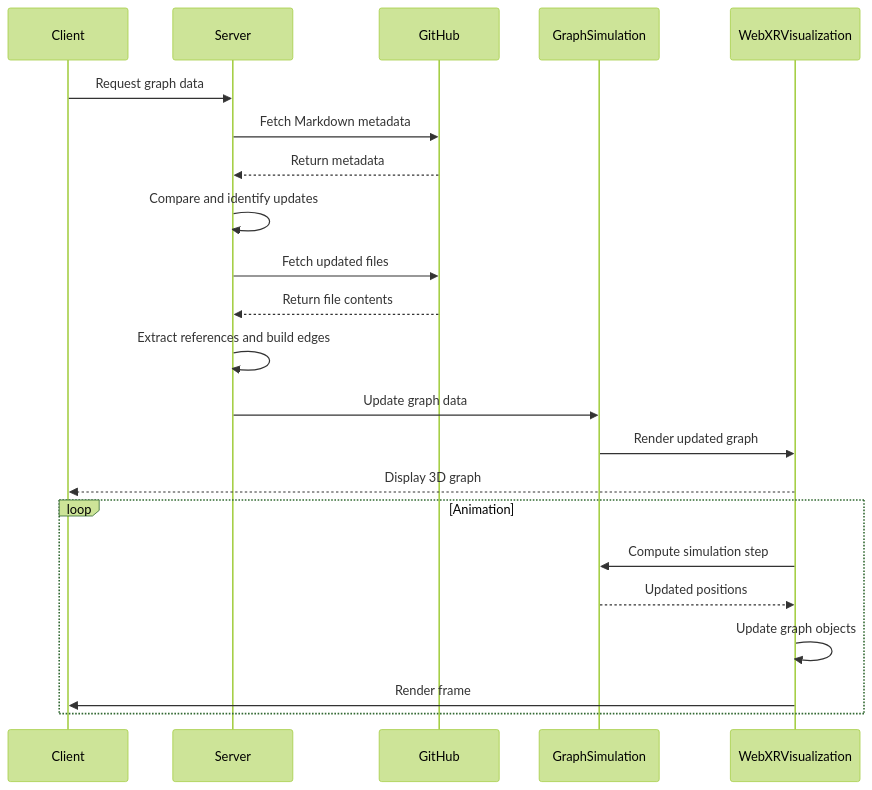
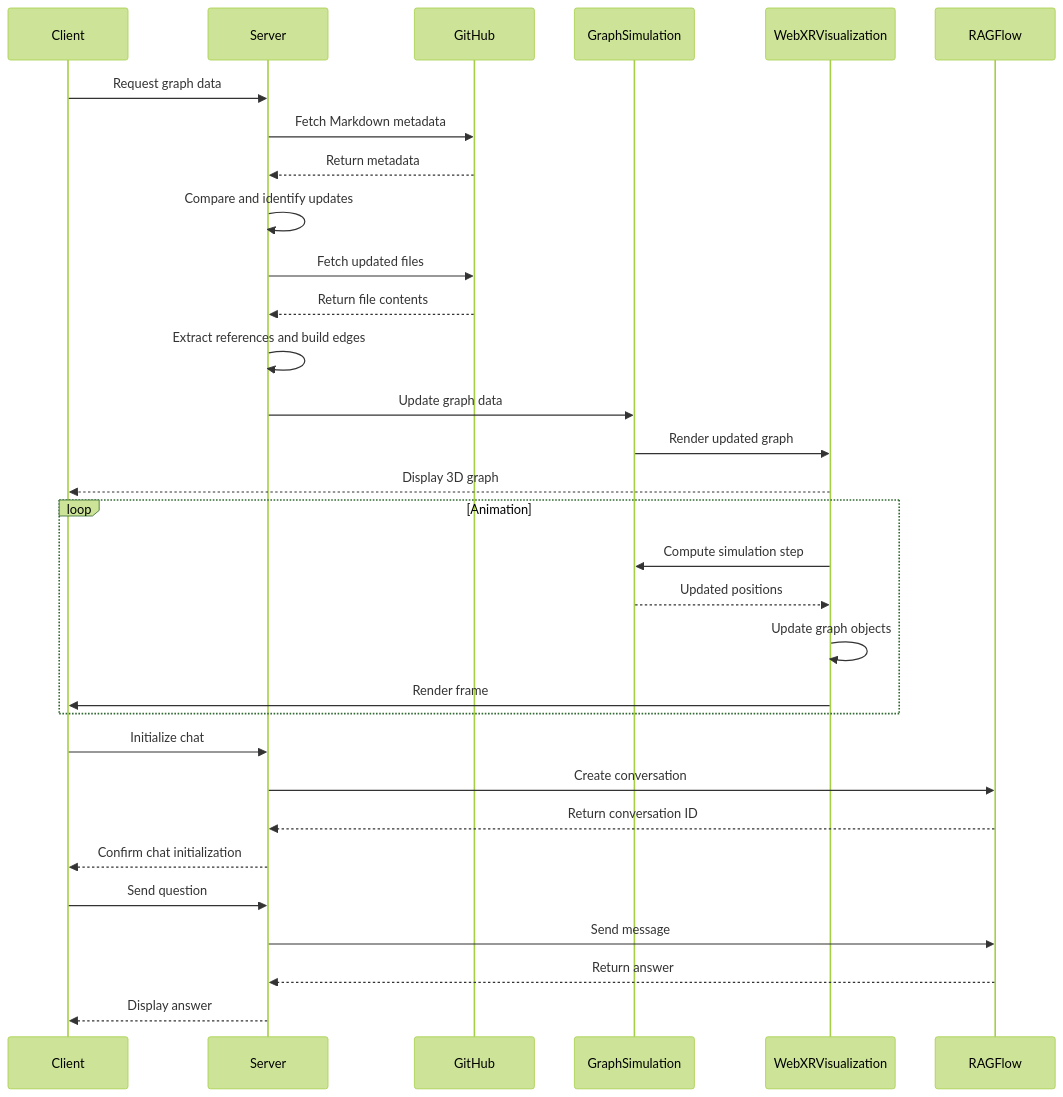
One commit to MITIH-Dreamlab/JingSpringThing changed the second of 2 diagrams in README.md. Above: the diagram before and after it, drawn with Mermaid (forest theme). The commit also changed other lines of this file and 3 other files, not shown here.

````diff
--- a/README.md
+++ b/README.md
@@ -105,24 +121,33 @@
 ```mermaid
 sequenceDiagram
     participant Client
     participant Server
     participant GitHub
     participant GraphSimulation
     participant WebXRVisualization
+    participant RAGFlow
     Client->>Server: Request graph data
     Server->>GitHub: Fetch Markdown metadata
     GitHub-->>Server: Return metadata
     Server->>Server: Compare and identify updates
     Server->>GitHub: Fetch updated files
     GitHub-->>Server: Return file contents
     Server->>Server: Extract references and build edges
     Server->>GraphSimulation: Update graph data
     GraphSimulation->>WebXRVisualization: Render updated graph
     WebXRVisualization-->>Client: Display 3D graph
     loop Animation
         WebXRVisualization->>GraphSimulation: Compute simulation step
         GraphSimulation-->>WebXRVisualization: Updated positions
         WebXRVisualization->>WebXRVisualization: Update graph objects
         WebXRVisualization->>Client: Render frame
     end
+    Client->>Server: Initialize chat
+    Server->>RAGFlow: Create conversation
+    RAGFlow-->>Server: Return conversation ID
+    Server-->>Client: Confirm chat initialization
+    Client->>Server: Send question
+    Server->>RAGFlow: Send message
+    RAGFlow-->>Server: Return answer
+    Server-->>Client: Display answer
 ```
````
